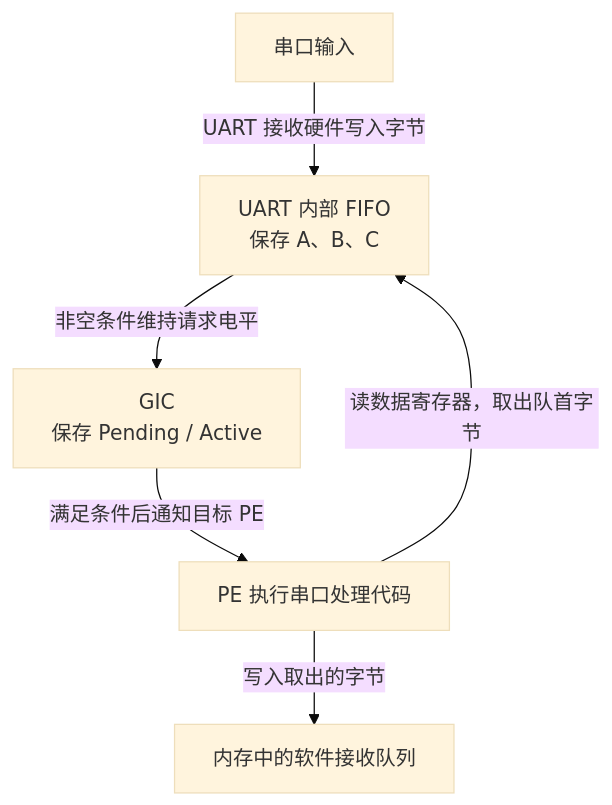
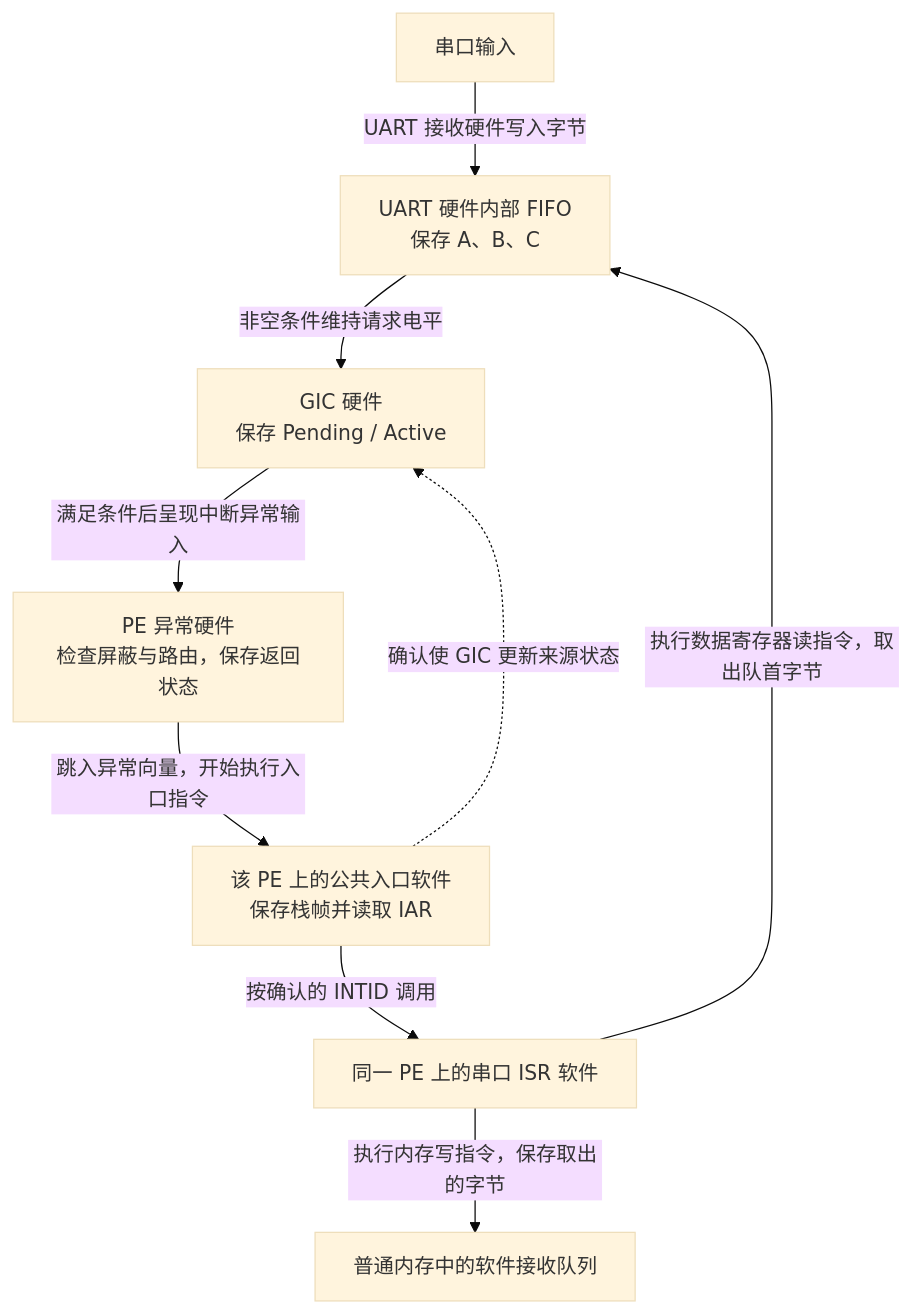
Before and after one commit to FormingSystem/linux_note: the third of 4 diagrams in platforms/arm/architecture/gic/P04_一次中断的状态转换与完成协议.md, drawn with Mermaid (base theme). The commit also changed other lines of this file and 36 other files, not shown here.

````diff
--- a/platforms/arm/architecture/gic/P04_一次中断的状态转换与完成协议.md
+++ b/platforms/arm/architecture/gic/P04_一次中断的状态转换与完成协议.md
@@ -133,8 +220,11 @@
 ```mermaid
 flowchart TD
-    wire["串口输入"] -->|"UART 接收硬件写入字节"| fifo["UART 内部 FIFO<br/>保存 A、B、C"]
-    fifo -->|"非空条件维持请求电平"| gic["GIC<br/>保存 Pending / Active"]
-    gic -->|"满足条件后通知目标 PE"| pe["PE 执行串口处理代码"]
-    pe -->|"读数据寄存器，取出队首字节"| fifo
-    pe -->|"写入取出的字节"| queue["内存中的软件接收队列"]
+    wire["串口输入"] -->|"UART 接收硬件写入字节"| fifo["UART 硬件内部 FIFO<br/>保存 A、B、C"]
+    fifo -->|"非空条件维持请求电平"| gic["GIC 硬件<br/>保存 Pending / Active"]
+    gic -->|"满足条件后呈现中断异常输入"| pe["PE 异常硬件<br/>检查屏蔽与路由，保存返回状态"]
+    pe -->|"跳入异常向量，开始执行入口指令"| entry["该 PE 上的公共入口软件<br/>保存栈帧并读取 IAR"]
+    entry -.->|"确认使 GIC 更新来源状态"| gic
+    entry -->|"按确认的 INTID 调用"| isr["同一 PE 上的串口 ISR 软件"]
+    isr -->|"执行数据寄存器读指令，取出队首字节"| fifo
+    isr -->|"执行内存写指令，保存取出的字节"| queue["普通内存中的软件接收队列"]
 ```
````
